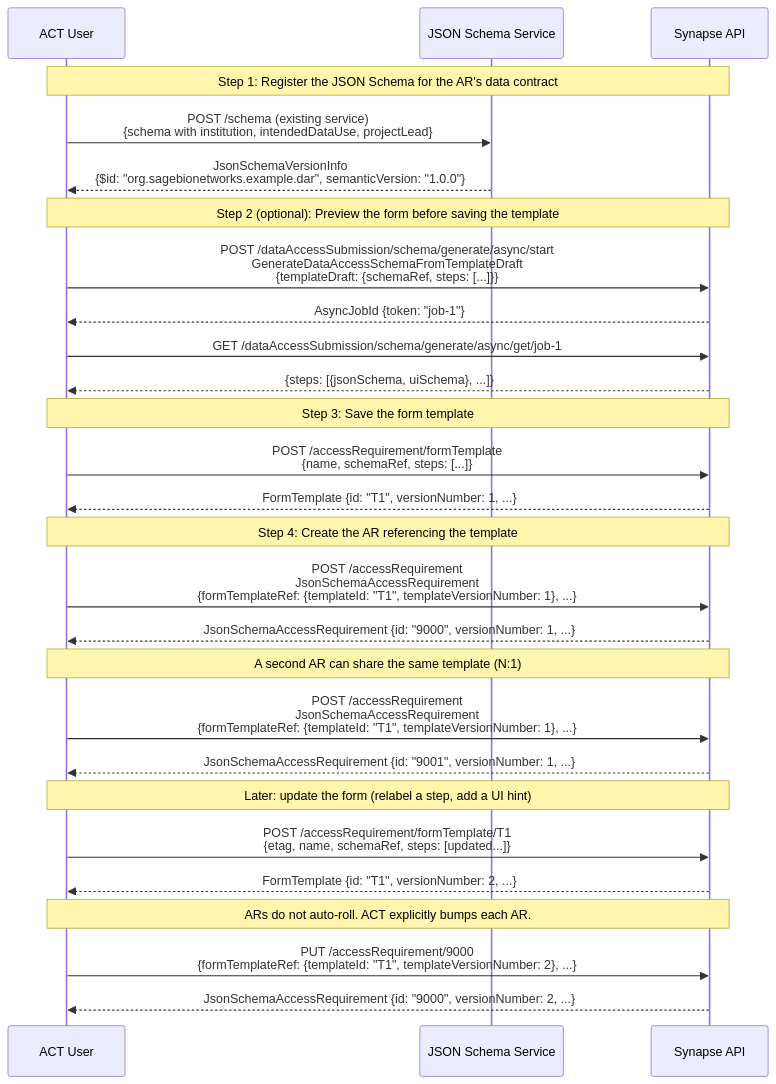
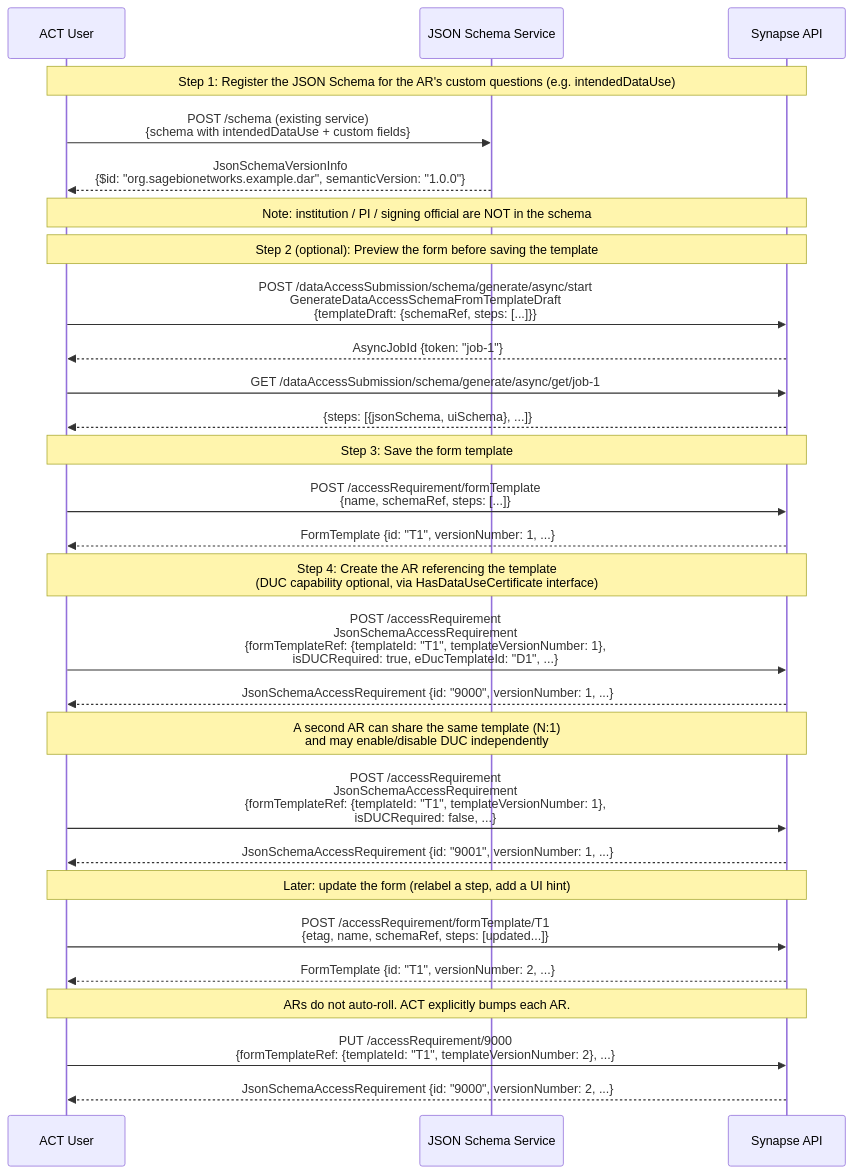
One commit to Sage-Bionetworks/synapse-web-monorepo changed the second of 3 diagrams in designs/FormTemplate.md. Above: the diagram before and after it, drawn with Mermaid. The commit also changed other lines of this file and 23 other files, not shown here.

````diff
--- a/designs/FormTemplate.md
+++ b/designs/FormTemplate.md
@@ -679,43 +656,45 @@
 ```mermaid
 sequenceDiagram
     participant ACT as ACT User
     participant Schema as JSON Schema Service
     participant API as Synapse API
 
-    note over ACT, API: Step 1: Register the JSON Schema for the AR's data contract
+    note over ACT, API: Step 1: Register the JSON Schema for the AR's custom questions (e.g. intendedDataUse)
 
-    ACT->>Schema: POST /schema (existing service)<br/>{schema with institution, intendedDataUse, projectLead}
+    ACT->>Schema: POST /schema (existing service)<br/>{schema with intendedDataUse + custom fields}
     Schema-->>ACT: JsonSchemaVersionInfo<br/>{$id: "org.sagebionetworks.example.dar", semanticVersion: "1.0.0"}
+
+    note over ACT, API: Note: institution / PI / signing official are NOT in the schema
 
     note over ACT, API: Step 2 (optional): Preview the form before saving the template
 
     ACT->>API: POST /dataAccessSubmission/schema/generate/async/start<br/>GenerateDataAccessSchemaFromTemplateDraft<br/>{templateDraft: {schemaRef, steps: [...]}}
     API-->>ACT: AsyncJobId {token: "job-1"}
     ACT->>API: GET /dataAccessSubmission/schema/generate/async/get/job-1
     API-->>ACT: {steps: [{jsonSchema, uiSchema}, ...]}
 
     note over ACT, API: Step 3: Save the form template
 
     ACT->>API: POST /accessRequirement/formTemplate<br/>{name, schemaRef, steps: [...]}
     API-->>ACT: FormTemplate {id: "T1", versionNumber: 1, ...}
 
-    note over ACT, API: Step 4: Create the AR referencing the template
+    note over ACT, API: Step 4: Create the AR referencing the template<br/>(DUC capability optional, via HasDataUseCertificate interface)
 
-    ACT->>API: POST /accessRequirement<br/>JsonSchemaAccessRequirement<br/>{formTemplateRef: {templateId: "T1", templateVersionNumber: 1}, ...}
+    ACT->>API: POST /accessRequirement<br/>JsonSchemaAccessRequirement<br/>{formTemplateRef: {templateId: "T1", templateVersionNumber: 1},<br/>isDUCRequired: true, eDucTemplateId: "D1", ...}
     API-->>ACT: JsonSchemaAccessRequirement {id: "9000", versionNumber: 1, ...}
 
-    note over ACT, API: A second AR can share the same template (N:1)
+    note over ACT, API: A second AR can share the same template (N:1)<br/>and may enable/disable DUC independently
 
-    ACT->>API: POST /accessRequirement<br/>JsonSchemaAccessRequirement<br/>{formTemplateRef: {templateId: "T1", templateVersionNumber: 1}, ...}
+    ACT->>API: POST /accessRequirement<br/>JsonSchemaAccessRequirement<br/>{formTemplateRef: {templateId: "T1", templateVersionNumber: 1},<br/>isDUCRequired: false, ...}
     API-->>ACT: JsonSchemaAccessRequirement {id: "9001", versionNumber: 1, ...}
 
     note over ACT, API: Later: update the form (relabel a step, add a UI hint)
 
     ACT->>API: POST /accessRequirement/formTemplate/T1<br/>{etag, name, schemaRef, steps: [updated...]}
     API-->>ACT: FormTemplate {id: "T1", versionNumber: 2, ...}
 
     note over ACT, API: ARs do not auto-roll. ACT explicitly bumps each AR.
 
     ACT->>API: PUT /accessRequirement/9000<br/>{formTemplateRef: {templateId: "T1", templateVersionNumber: 2}, ...}
     API-->>ACT: JsonSchemaAccessRequirement {id: "9000", versionNumber: 2, ...}
 ```
````
